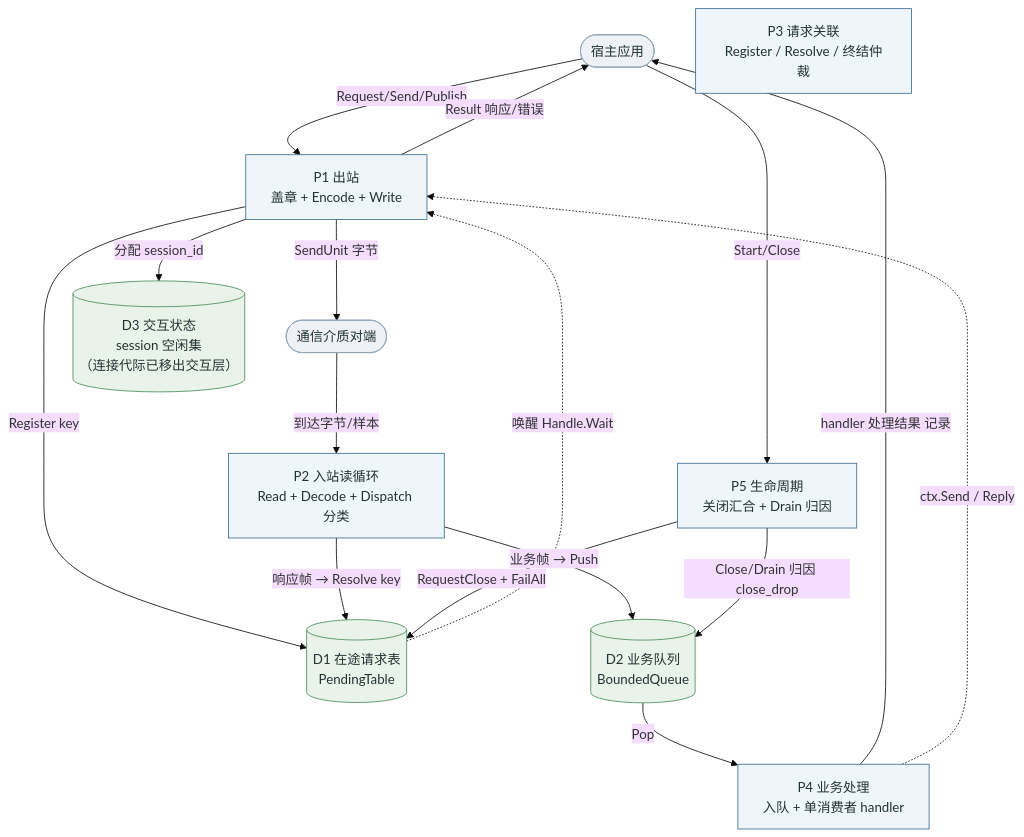
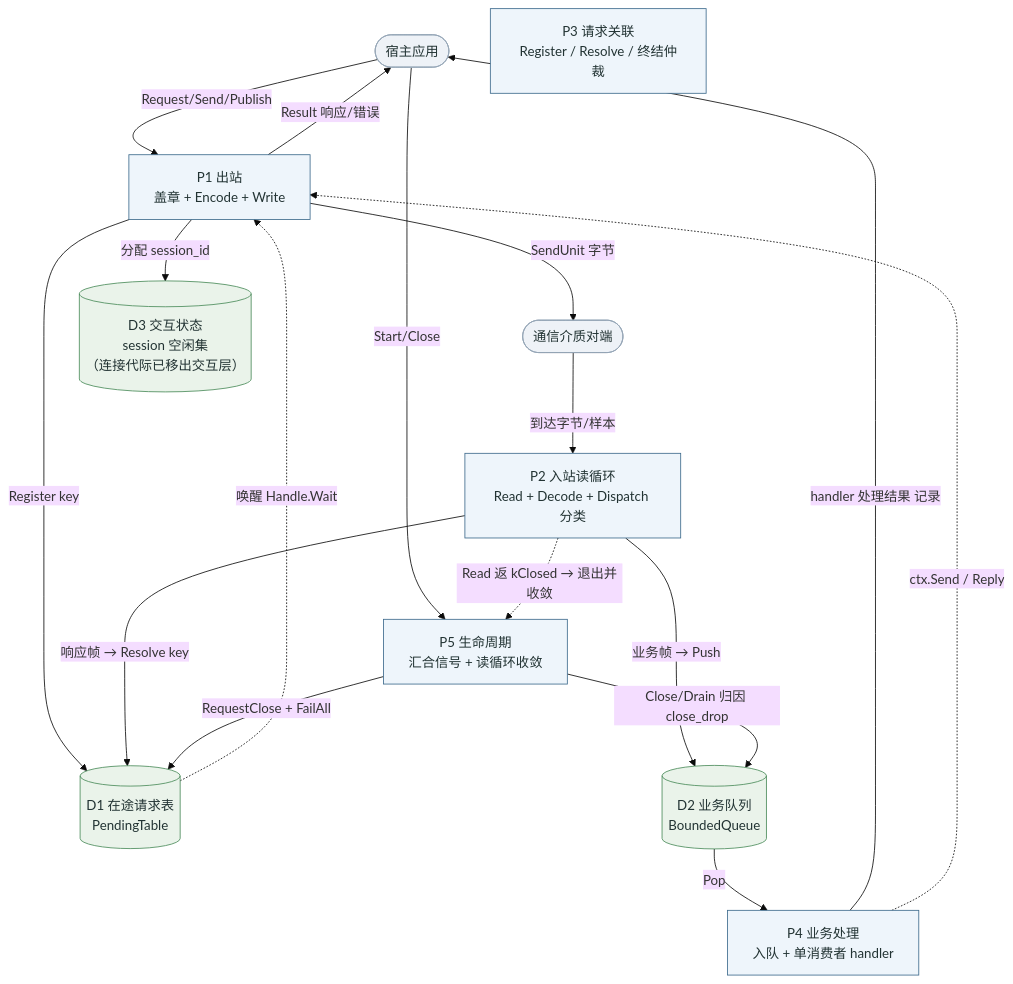
One commit to Ste7an-cs/Transport changed the diagram in docs/diagrams/dfd-toplevel.mmd. Above: the diagram before and after it, drawn with Mermaid (base theme). The commit also changed 12 other files, not shown here.

First line of the commit message:
docs: 同步收敛并入读循环(ADR-0005 D1)的设计/需求/图

```diff
--- a/docs/diagrams/dfd-toplevel.mmd
+++ b/docs/diagrams/dfd-toplevel.mmd
@@ -1,39 +1,40 @@
 flowchart TB
     APP([宿主应用])
     MEDIA([通信介质对端])
 
     P1["P1 出站<br/>盖章 + Encode + Write"]
     P2["P2 入站读循环<br/>Read + Decode + Dispatch 分类"]
     P3["P3 请求关联<br/>Register / Resolve / 终结仲裁"]
     P4["P4 业务处理<br/>入队 + 单消费者 handler"]
-    P5["P5 生命周期<br/>关闭汇合 + Drain 归因"]
+    P5["P5 生命周期<br/>汇合信号 + 读循环收敛"]
 
     D1[("D1 在途请求表<br/>PendingTable")]
     D2[("D2 业务队列<br/>BoundedQueue")]
     D3[("D3 交互状态<br/>session 空闲集<br/>（连接代际已移出交互层）")]
 
     APP -->|Request/Send/Publish| P1
     P1 -->|Register key| D1
     P1 -->|分配 session_id| D3
     P1 -->|SendUnit 字节| MEDIA
 
     MEDIA -->|到达字节/样本| P2
     P2 -->|响应帧 → Resolve key| D1
     P2 -->|业务帧 → Push| D2
     D1 -.->|唤醒 Handle.Wait| P1
     P1 -->|Result 响应/错误| APP
 
     D2 -->|Pop| P4
     P4 -->|handler 处理结果 记录| APP
     P4 -.->|ctx.Send / Reply| P1
 
     APP -->|Start/Close| P5
     P5 -->|RequestClose + FailAll| D1
     P5 -->|Close/Drain 归因 close_drop| D2
+    P2 -.->|Read 返 kClosed → 退出并收敛| P5
 
     classDef ext fill:#eef2f7,stroke:#93a4b5,color:#233;
     classDef proc fill:#eef5fb,stroke:#3d6a8c,color:#233;
     classDef store fill:#eaf3ea,stroke:#4a8c5a,color:#233;
     class APP,MEDIA ext;
     class P1,P2,P3,P4,P5 proc;
     class D1,D2,D3 store;
```
